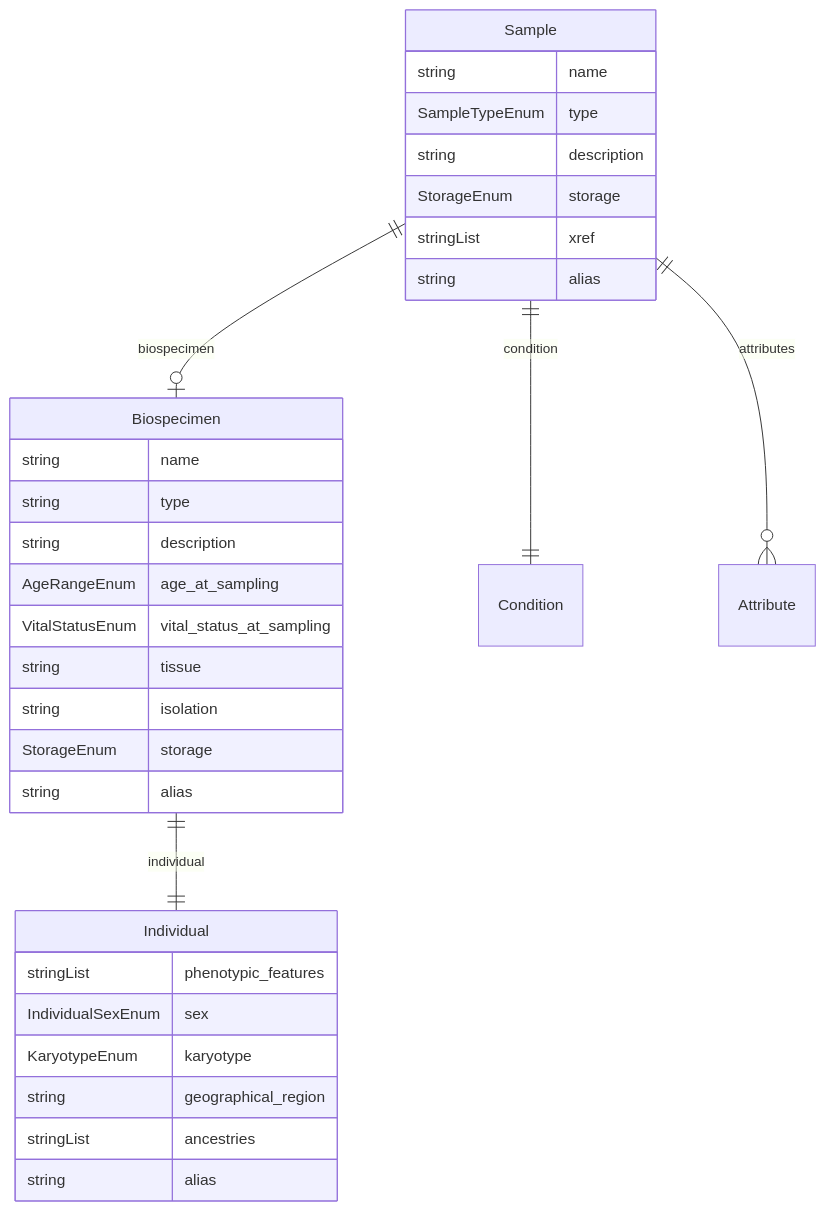
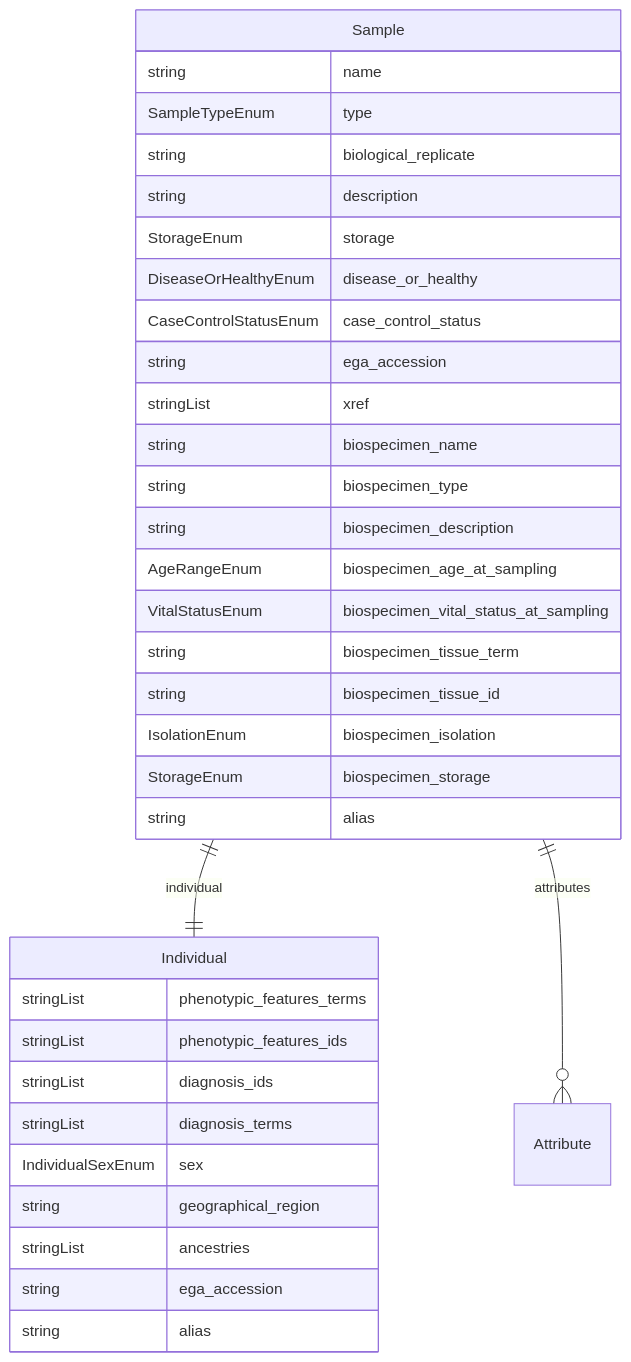
Before and after one commit to ghga-de/ghga-metadata-schema: the fourth of 5 diagrams in docs/entity_relations.md, drawn with Mermaid. The commit also changed other lines of this file and 384 other files, not shown here.

````diff
--- a/docs/entity_relations.md
+++ b/docs/entity_relations.md
@@ -224,36 +177,39 @@
 ```mermaid
 erDiagram
 Individual {
-    stringList phenotypic_features  
+    stringList phenotypic_features_terms  
+    stringList phenotypic_features_ids  
+    stringList diagnosis_ids  
+    stringList diagnosis_terms  
     IndividualSexEnum sex  
-    KaryotypeEnum karyotype  
     string geographical_region  
     stringList ancestries  
-    string alias  
-}
-Biospecimen {
-    string name  
-    string type  
-    string description  
-    AgeRangeEnum age_at_sampling  
-    VitalStatusEnum vital_status_at_sampling  
-    string tissue  
-    string isolation  
-    StorageEnum storage  
+    string ega_accession  
     string alias  
 }
 Sample {
     string name  
     SampleTypeEnum type  
+    string biological_replicate  
     string description  
     StorageEnum storage  
+    DiseaseOrHealthyEnum disease_or_healthy  
+    CaseControlStatusEnum case_control_status  
+    string ega_accession  
     stringList xref  
+    string biospecimen_name  
+    string biospecimen_type  
+    string biospecimen_description  
+    AgeRangeEnum biospecimen_age_at_sampling  
+    VitalStatusEnum biospecimen_vital_status_at_sampling  
+    string biospecimen_tissue_term  
+    string biospecimen_tissue_id  
+    IsolationEnum biospecimen_isolation  
+    StorageEnum biospecimen_storage  
     string alias  
 }
 
-Biospecimen ||--|| Individual : "individual"
-Sample ||--|o Biospecimen : "biospecimen"
-Sample ||--|| Condition : "condition"
+Sample ||--|| Individual : "individual"
 Sample ||--}o Attribute : "attributes"
 
 ```
````
